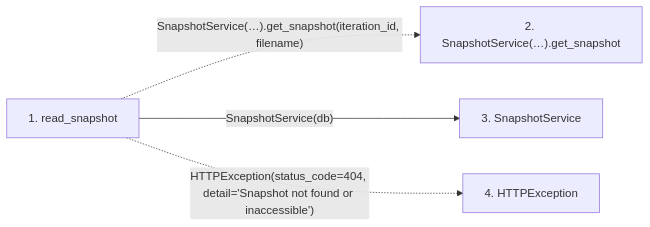
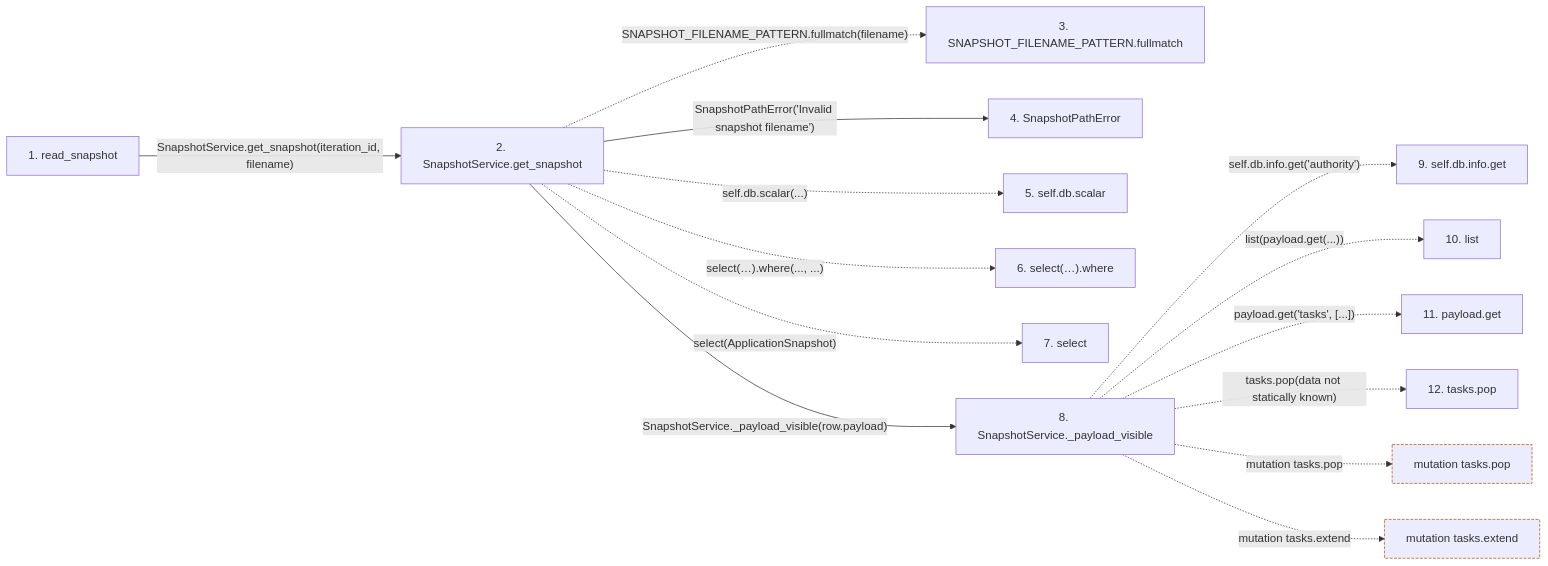
The second of 2 diagrams in docs/llm_wiki/flows/http-read_snapshot.md (Denissvgn/WorkChord), drawn with Mermaid before and after one commit. The commit also changed other lines of this file and 25171 other files, not shown here.

````diff
--- a/docs/llm_wiki/flows/http-read_snapshot.md
+++ b/docs/llm_wiki/flows/http-read_snapshot.md
@@ -24,12 +104,37 @@
 ```mermaid
 flowchart LR
     s1["1. read_snapshot"]
-    s2["2. SnapshotService(…).get_snapshot"]
-    s3["3. SnapshotService"]
-    s4["4. HTTPException"]
-    s1 -. "SnapshotService(…).get_snapshot(iteration_id, filename)" .-> s2
-    s1 -->|"SnapshotService(db)"| s3
-    s1 -. "HTTPException(status_code=404, detail='Snapshot not found or inaccessible')" .-> s4
+    s2["2. SnapshotService.get_snapshot"]
+    s3["3. SNAPSHOT_FILENAME_PATTERN.fullmatch"]
+    s4["4. SnapshotPathError"]
+    s5["5. self.db.scalar"]
+    s6["6. select(…).where"]
+    s7["7. select"]
+    s8["8. SnapshotService._payload_visible"]
+    s9["9. self.db.info.get"]
+    s10["10. list"]
+    s11["11. payload.get"]
+    s12["12. tasks.pop"]
+    s1 -->|"SnapshotService.get_snapshot(iteration_id, filename)"| s2
+    s2 -. "SNAPSHOT_FILENAME_PATTERN.fullmatch(filename)" .-> s3
+    s2 -->|"SnapshotPathError('Invalid snapshot filename')"| s4
+    s2 -. "self.db.scalar(...)" .-> s5
+    s2 -. "select(…).where(..., ...)" .-> s6
+    s2 -. "select(ApplicationSnapshot)" .-> s7
+    s2 -->|"SnapshotService._payload_visible(row.payload)"| s8
+    s8 -. "self.db.info.get('authority')" .-> s9
+    s8 -. "list(payload.get(...))" .-> s10
+    s8 -. "payload.get('tasks', [...])" .-> s11
+    s8 -. "tasks.pop(data not statically known)" .-> s12
+    b0["mutation tasks.pop"]
+    s8 -. "mutation tasks.pop" .-> b0
+    b1["mutation tasks.extend"]
+    s8 -. "mutation tasks.extend" .-> b1
     click s1 "../modules/snapshots.md"
-    click s3 "../modules/snapshot_service.md"
+    click s2 "../modules/snapshot_service.md"
+    click s4 "../modules/snapshot_service.md"
+    click s8 "../modules/snapshot_service.md"
+    classDef boundary stroke:#b45309,stroke-dasharray: 4 2
+    class b0 boundary
+    class b1 boundary
 ```
````
